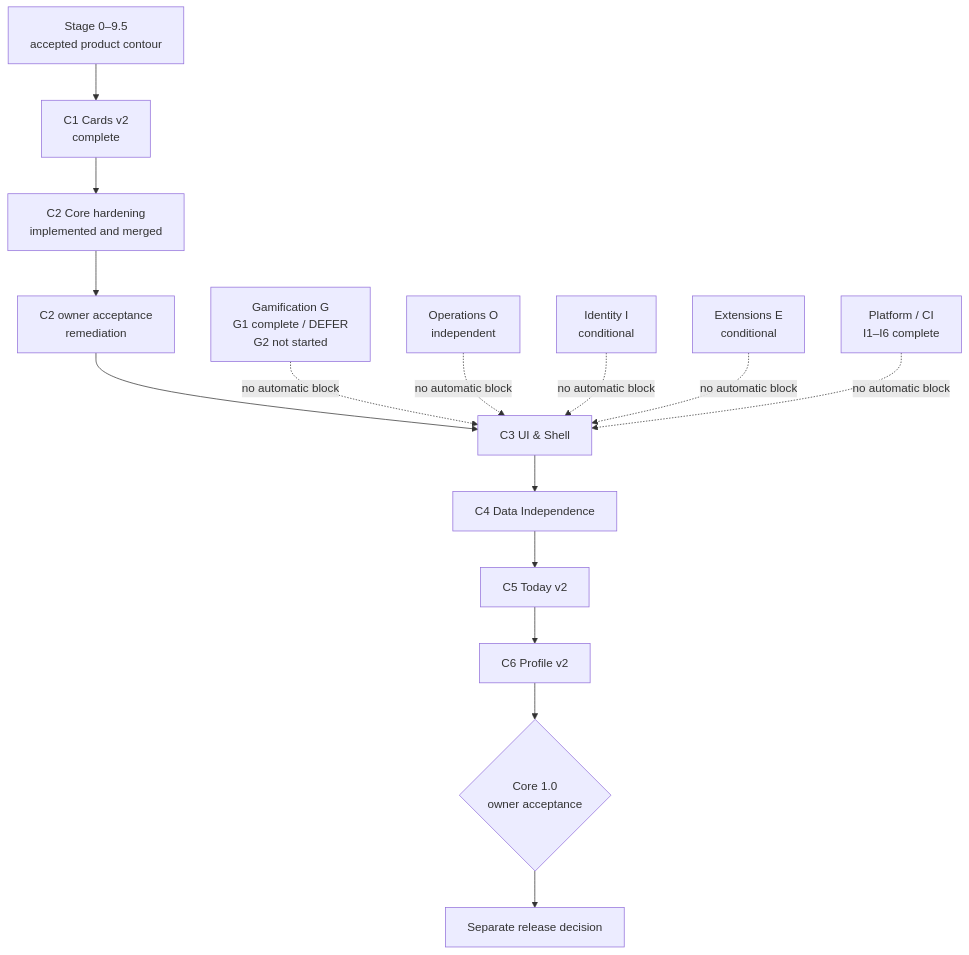
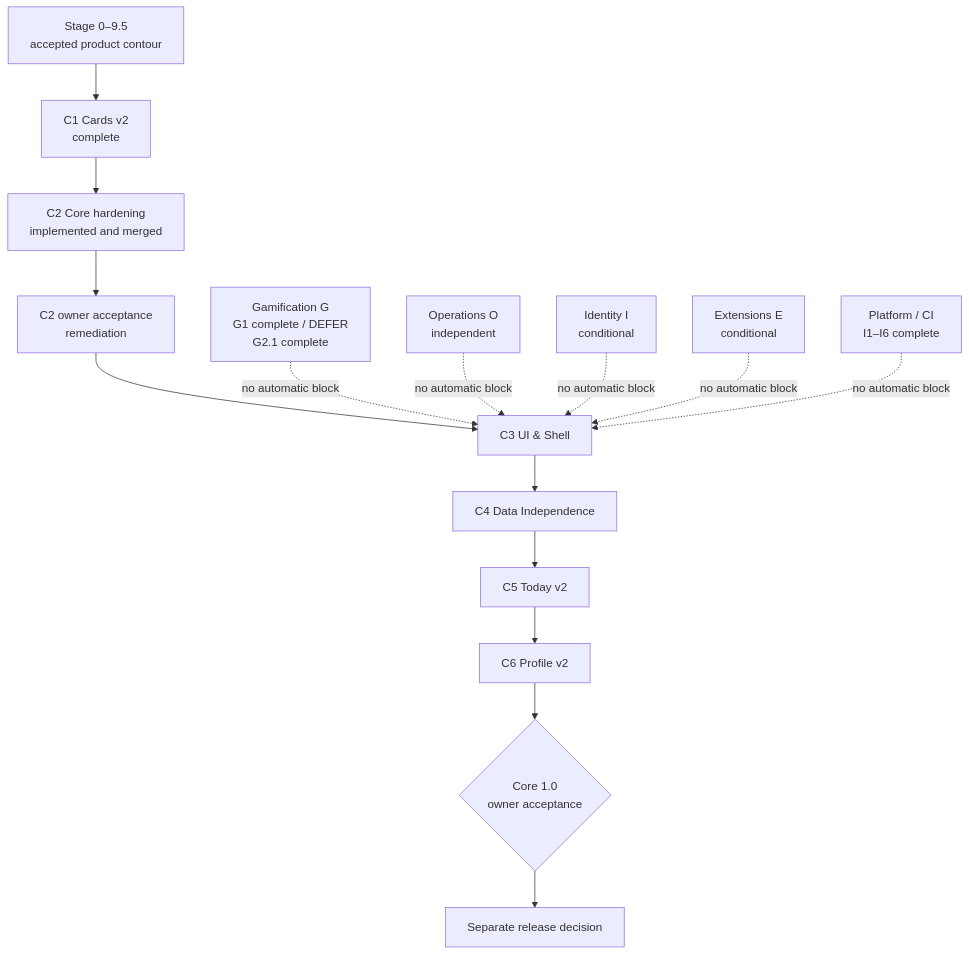
The diagram in roadmap/README.md (AliceLiddell01/anki-study-report), drawn with Mermaid before and after one commit. The commit also changed other lines of this file, not shown here.

Commit message:
Synchronize the G2.1 roadmap boundary

````diff
--- a/roadmap/README.md
+++ b/roadmap/README.md
@@ -9,24 +9,24 @@
 ```mermaid
 flowchart TB
     S[Stage 0–9.5<br/>accepted product contour] --> C1[C1 Cards v2<br/>complete]
     C1 --> C2[C2 Core hardening<br/>implemented and merged]
     C2 --> A[C2 owner acceptance<br/>remediation]
     A --> C3[C3 UI & Shell]
     C3 --> C4[C4 Data Independence]
     C4 --> C5[C5 Today v2]
     C5 --> C6[C6 Profile v2]
     C6 --> R{Core 1.0<br/>owner acceptance}
     R --> REL[Separate release decision]
 
-    G[Gamification G<br/>G1 complete / DEFER<br/>G2 not started]
+    G[Gamification G<br/>G1 complete / DEFER<br/>G2.1 complete]
     O[Operations O<br/>independent]
     I[Identity I<br/>conditional]
     E[Extensions E<br/>conditional]
     P[Platform / CI<br/>I1–I6 complete]
 
     G -. no automatic block .-> C3
     O -. no automatic block .-> C3
     I -. no automatic block .-> C3
     E -. no automatic block .-> C3
     P -. no automatic block .-> C3
 ```
````
